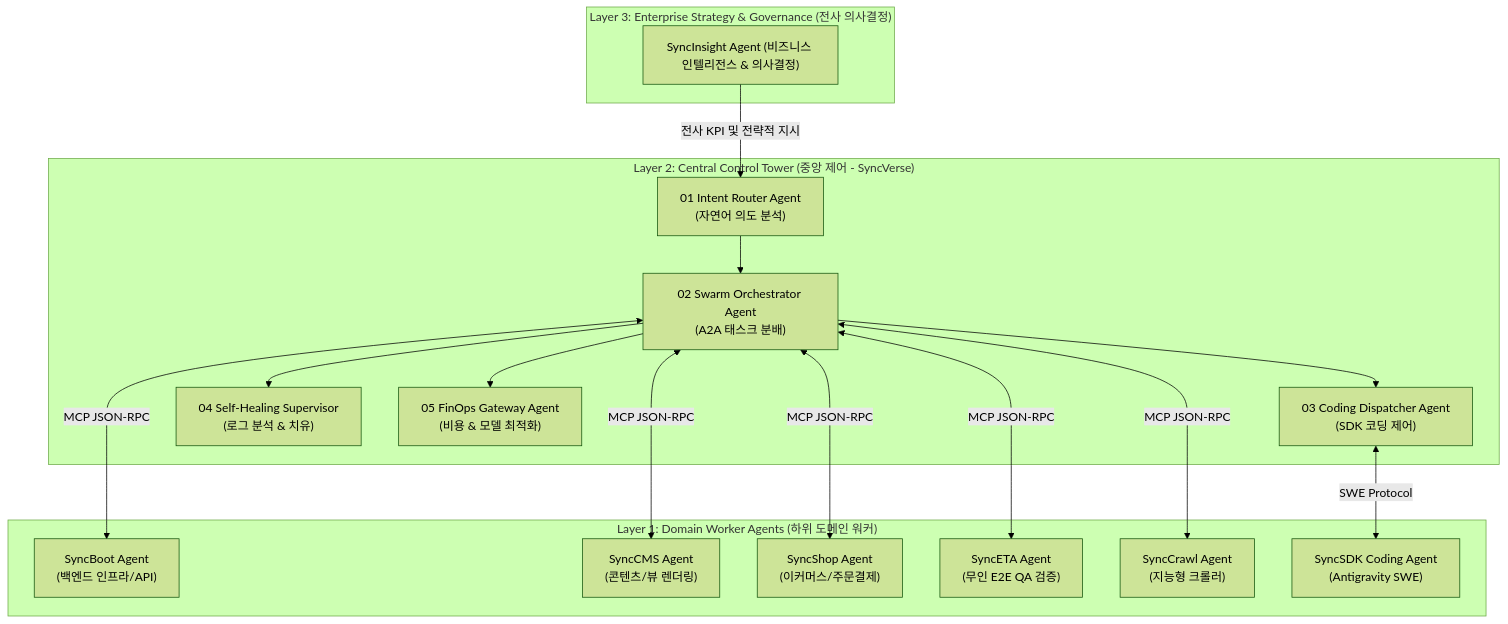
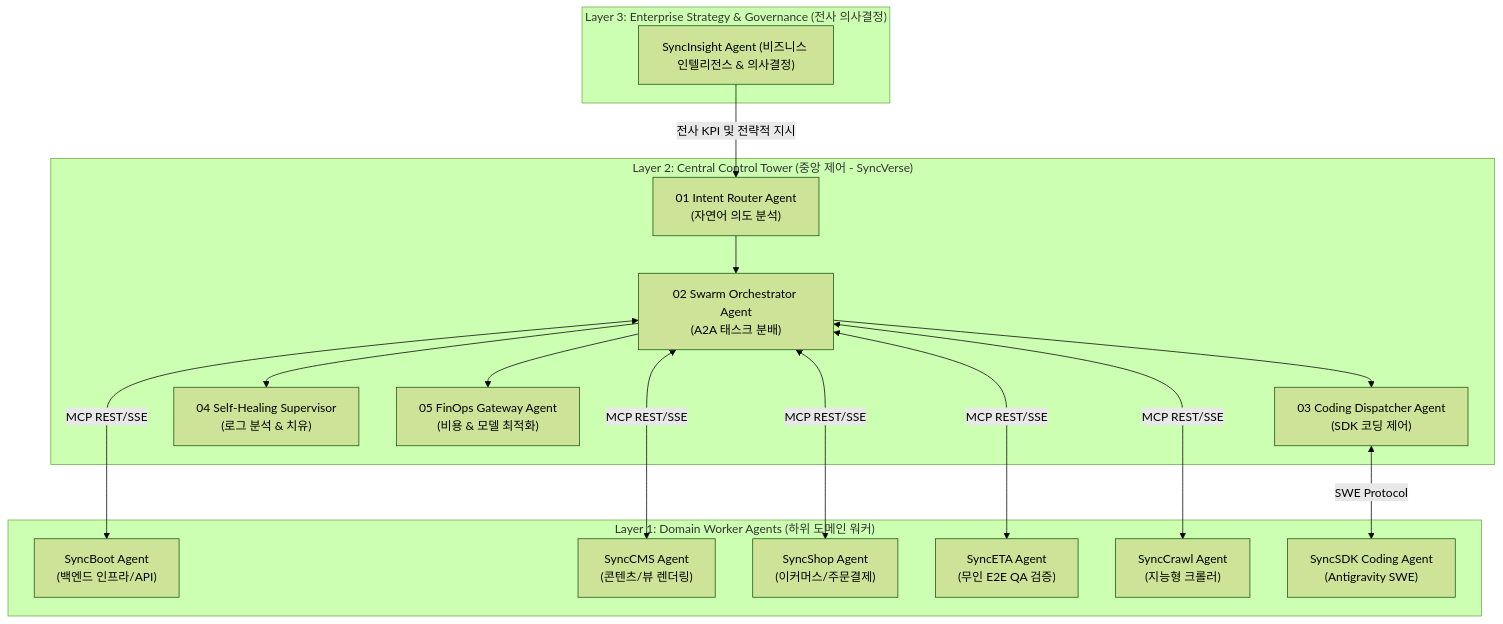
Before and after one commit to DramaticCollaboration/doc.github.io: the first of 3 diagrams in ko/syncverse/architecture.md, drawn with Mermaid (forest theme). The commit also changed other lines of this file and 4 other files, not shown here.

````diff
--- a/ko/syncverse/architecture.md
+++ b/ko/syncverse/architecture.md
@@ -28,36 +28,36 @@
 ```mermaid
 flowchart TD
     subgraph L3 ["Layer 3: Enterprise Strategy & Governance (전사 의사결정)"]
         SyncInsight["SyncInsight Agent (비즈니스 인텔리전스 & 의사결정)"]
     end
 
     subgraph L2 ["Layer 2: Central Control Tower (중앙 제어 - SyncVerse)"]
         Router["01 Intent Router Agent<br/>(자연어 의도 분석)"]
         Orchestrator["02 Swarm Orchestrator Agent<br/>(A2A 태스크 분배)"]
         Dispatcher["03 Coding Dispatcher Agent<br/>(SDK 코딩 제어)"]
         SelfHeal["04 Self-Healing Supervisor<br/>(로그 분석 & 치유)"]
         FinOps["05 FinOps Gateway Agent<br/>(비용 & 모델 최적화)"]
     end
 
     subgraph L1 ["Layer 1: Domain Worker Agents (하위 도메인 워커)"]
         SyncBoot["SyncBoot Agent<br/>(백엔드 인프라/API)"]
         SyncCMS["SyncCMS Agent<br/>(콘텐츠/뷰 렌더링)"]
         SyncShop["SyncShop Agent<br/>(이커머스/주문결제)"]
         SyncETA["SyncETA Agent<br/>(무인 E2E QA 검증)"]
         SyncCrawl["SyncCrawl Agent<br/>(지능형 크롤러)"]
         SyncSDK["SyncSDK Coding Agent<br/>(Antigravity SWE)"]
     end
 
     SyncInsight -->|전사 KPI 및 전략적 지시| Router
     Router --> Orchestrator
     Orchestrator --> Dispatcher
     Orchestrator --> SelfHeal
     Orchestrator --> FinOps
 
-    Orchestrator <-->|MCP JSON-RPC| SyncBoot
-    Orchestrator <-->|MCP JSON-RPC| SyncCMS
-    Orchestrator <-->|MCP JSON-RPC| SyncShop
-    Orchestrator <-->|MCP JSON-RPC| SyncETA
-    Orchestrator <-->|MCP JSON-RPC| SyncCrawl
+    Orchestrator <-->|"MCP REST/SSE"| SyncBoot
+    Orchestrator <-->|"MCP REST/SSE"| SyncCMS
+    Orchestrator <-->|"MCP REST/SSE"| SyncShop
+    Orchestrator <-->|"MCP REST/SSE"| SyncETA
+    Orchestrator <-->|"MCP REST/SSE"| SyncCrawl
     Dispatcher <-->|SWE Protocol| SyncSDK
 ```
````
